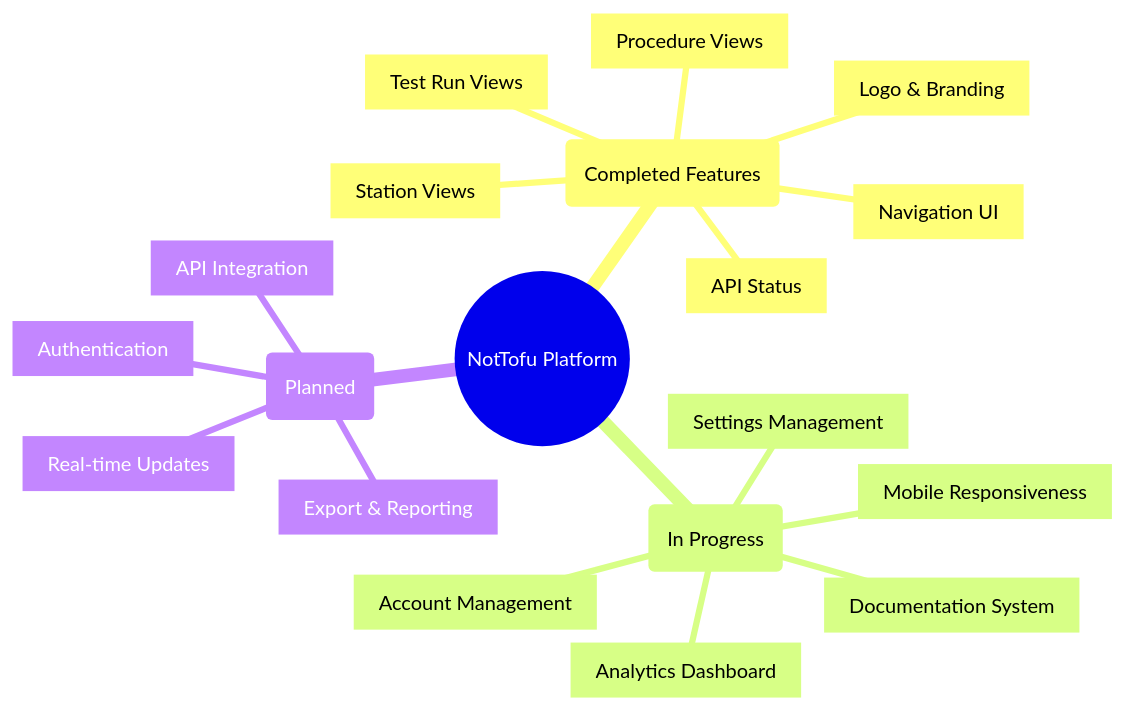
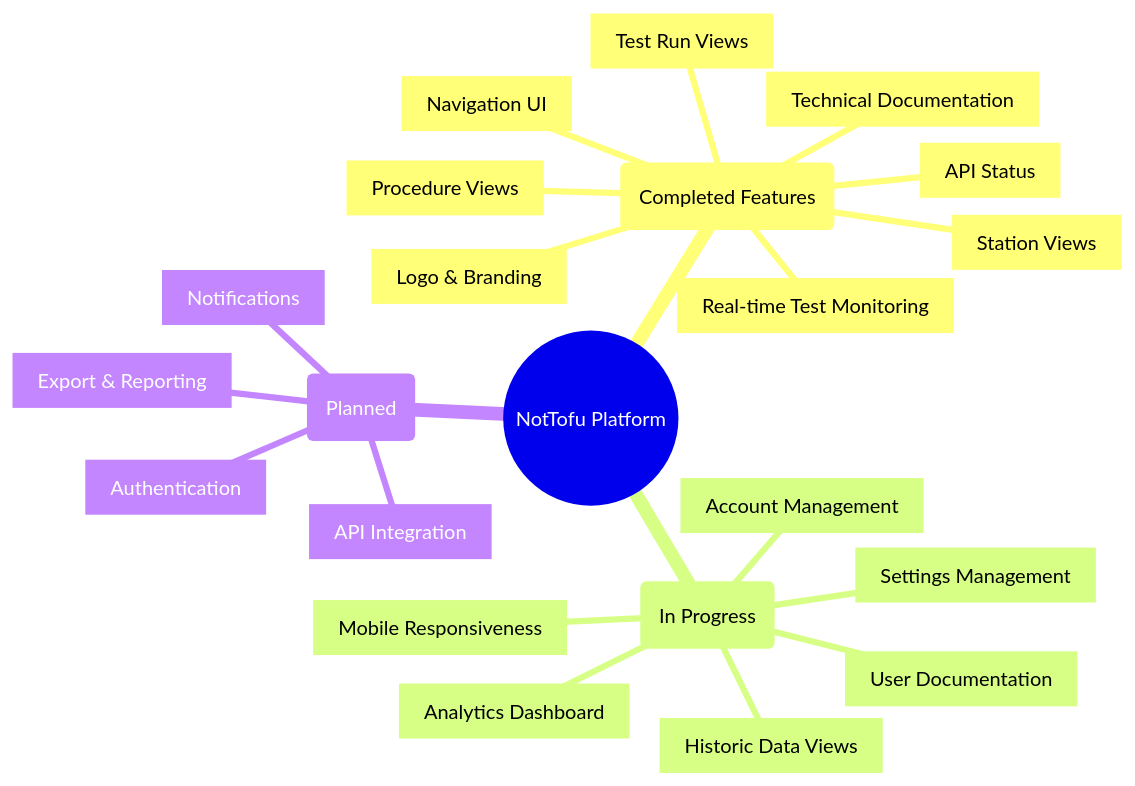
The second of 3 diagrams in docs/roadmap.md (mvalancy-mt/NotTofu), drawn with Mermaid before and after one commit. The commit also changed other lines of this file and 1 other file, not shown here.

Commit message:
Update roadmap to reflect completed real-time test monitoring and technical documentation features

````diff
--- a/docs/roadmap.md
+++ b/docs/roadmap.md
@@ -36,33 +38,39 @@
 ```mermaid
 mindmap
   root((NotTofu Platform))
     (Completed Features)
       [Navigation UI]
         ::icon(fa fa-check)
       [Test Run Views]
         ::icon(fa fa-check)
       [Station Views]
         ::icon(fa fa-check)
       [Procedure Views]
         ::icon(fa fa-check)
       [API Status]
         ::icon(fa fa-check)
       [Logo & Branding]
         ::icon(fa fa-check)
+      [Technical Documentation]
+        ::icon(fa fa-check)
+      [Real-time Test Monitoring]
+        ::icon(fa fa-check)
     (In Progress)
       [Analytics Dashboard]
         ::icon(fa fa-spinner)
-      [Documentation System]
+      [User Documentation]
         ::icon(fa fa-spinner)
       [Settings Management]
         ::icon(fa fa-spinner)
       [Account Management]
         ::icon(fa fa-spinner)
       [Mobile Responsiveness]
         ::icon(fa fa-spinner)
+      [Historic Data Views]
+        ::icon(fa fa-spinner)
     (Planned)
       [Authentication]
       [Export & Reporting]
-      [Real-time Updates]
+      [Notifications]
       [API Integration]
 ```
````
